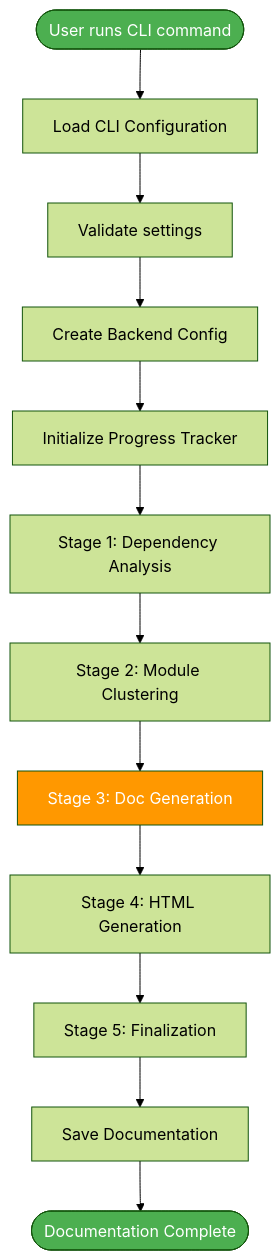
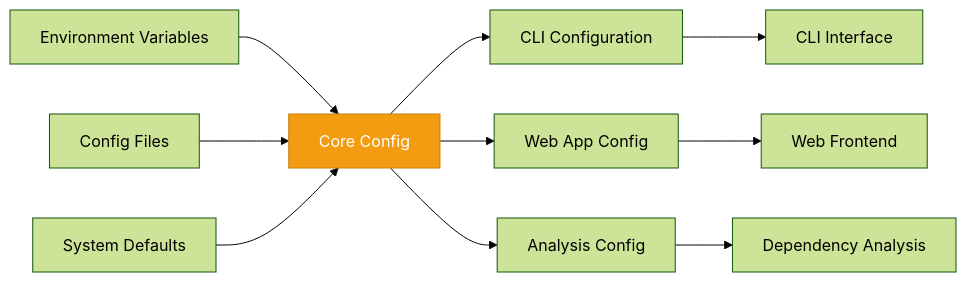
The fifth of 6 diagrams in docs/overview.md (lsu123/ai-agent), drawn with Mermaid (forest theme) before and after one commit. The commit also changed other lines of this file and 10 other files, not shown here.

````diff
--- a/docs/overview.md
+++ b/docs/overview.md
@@ -315,20 +327,16 @@
 ```mermaid
-flowchart TD
-    START([User runs CLI command]) --> INIT[Load CLI Configuration]
-    INIT --> VALIDATE[Validate settings]
-    VALIDATE --> CREATE_CONFIG[Create Backend Config]
-    CREATE_CONFIG --> START_PROGRESS[Initialize Progress Tracker]
+graph LR
+    EnvVars[Environment Variables] --> CoreConfig[Core Config]
+    ConfigFiles[Config Files] --> CoreConfig
+    Defaults[System Defaults] --> CoreConfig
     
-    START_PROGRESS --> STAGE1[Stage 1: Dependency Analysis]
-    STAGE1 --> STAGE2[Stage 2: Module Clustering]
-    STAGE2 --> STAGE3[Stage 3: Doc Generation]
-    STAGE3 --> STAGE4[Stage 4: HTML Generation]
-    STAGE4 --> STAGE5[Stage 5: Finalization]
+    CoreConfig --> CLIConfig[CLI Configuration]
+    CoreConfig --> WebConfig[Web App Config]
+    CoreConfig --> AnalysisConfig[Analysis Config]
     
-    STAGE5 --> SAVE[Save Documentation]
-    SAVE --> END([Documentation Complete])
+    CLIConfig --> CLIModule[CLI Interface]
+    WebConfig --> WebFE[Web Frontend]
+    AnalysisConfig --> DepAnalysis[Dependency Analysis]
     
-    style START fill:#4CAF50,color:#fff
-    style END fill:#4CAF50,color:#fff
-    style STAGE3 fill:#FF9800,color:#fff
+    style CoreConfig fill:#F39C12,stroke:#C87F0A,color:#fff
 ```
````
